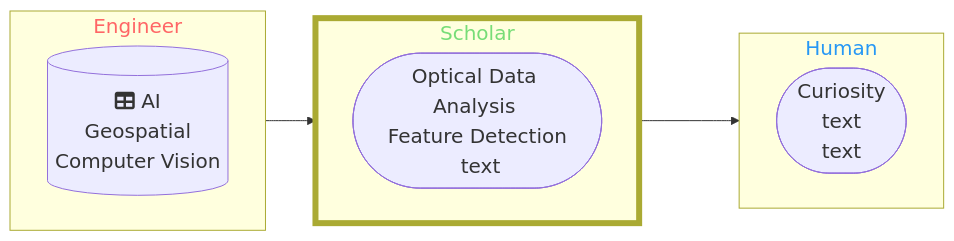
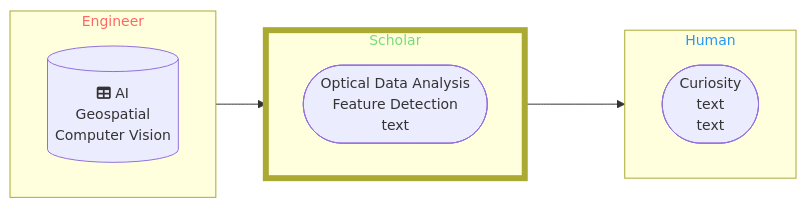
One commit to DippoldEJ/DippoldEJ changed the first of 2 diagrams in README.md. Above: the diagram before and after it, drawn with Mermaid.

````diff
--- a/README.md
+++ b/README.md
@@ -3,33 +3,33 @@
 ```mermaid
 flowchart LR;
 %%{init: {
-	'themeVariables': { 'fontSize': '20px', 'fontFamily': 'Didot'}
+	'themeVariables': { 'fontSize': '14px', 'fontFamily': 'Didot'}
 	}
 }%%
 
 subgraph n[Engineer]
 direction LR;
         b[(fa:fa-table AI <br> Geospatial <br> Computer Vision)]
     end
 
 subgraph o[Scholar]
 direction LR;
         j([Optical Data Analysis <br> Feature Detection <br> text])
 
     end
 
  subgraph p[Human]
   direction LR;
     a([Curiosity <br /> text  <br />  text])
     end
 
 style n color:#f66
 style o stroke-width:6px
 style o color:#77DD77
 style p color:#2798F5
 
 
 n-->o
 o-->p
 
 ```
````
